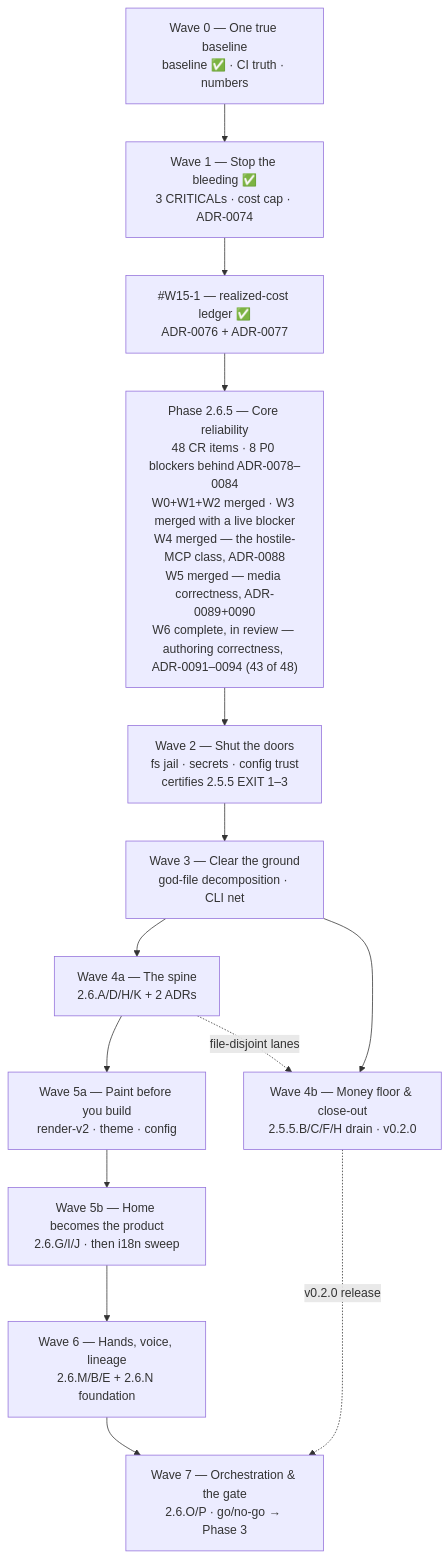
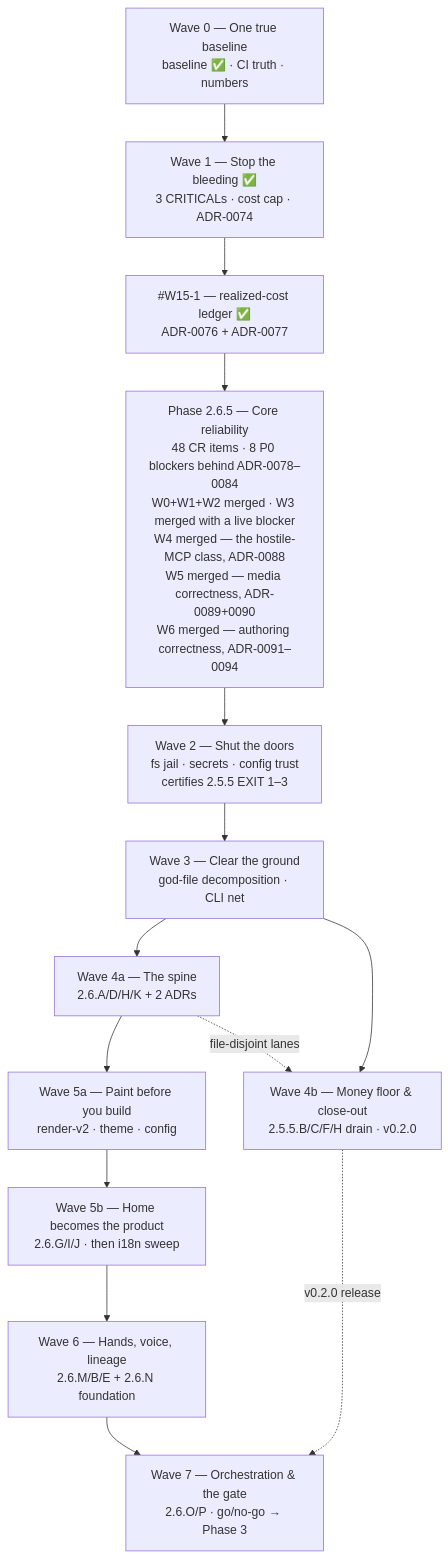
The diagram in docs/roadmap/current.md (HodeTech/Relavium), drawn with Mermaid before and after one commit. The commit also changed other lines of this file and 7 other files, not shown here.

````diff
--- a/docs/roadmap/current.md
+++ b/docs/roadmap/current.md
@@ -89,19 +89,19 @@
 ```mermaid
 flowchart TD
     W0["Wave 0 — One true baseline<br/>baseline ✅ · CI truth · numbers"]
     W1["Wave 1 — Stop the bleeding ✅<br/>3 CRITICALs · cost cap · ADR-0074"]
     LEDGER["#W15-1 — realized-cost ledger ✅<br/>ADR-0076 + ADR-0077"]
-    P265["Phase 2.6.5 — Core reliability<br/>48 CR items · 8 P0 blockers behind ADR-0078–0084<br/>W0+W1+W2 merged · W3 merged with a live blocker<br/>W4 merged — the hostile-MCP class, ADR-0088<br/>W5 merged — media correctness, ADR-0089+0090<br/>W6 complete, in review — authoring correctness, ADR-0091–0094 (43 of 48)"]
+    P265["Phase 2.6.5 — Core reliability<br/>48 CR items · 8 P0 blockers behind ADR-0078–0084<br/>W0+W1+W2 merged · W3 merged with a live blocker<br/>W4 merged — the hostile-MCP class, ADR-0088<br/>W5 merged — media correctness, ADR-0089+0090<br/>W6 merged — authoring correctness, ADR-0091–0094"]
     W2["Wave 2 — Shut the doors<br/>fs jail · secrets · config trust<br/>certifies 2.5.5 EXIT 1–3"]
     W3["Wave 3 — Clear the ground<br/>god-file decomposition · CLI net"]
     W4a["Wave 4a — The spine<br/>2.6.A/D/H/K + 2 ADRs"]
     W4b["Wave 4b — Money floor & close-out<br/>2.5.5.B/C/F/H drain · v0.2.0"]
     W5a["Wave 5a — Paint before you build<br/>render-v2 · theme · config"]
     W5b["Wave 5b — Home becomes the product<br/>2.6.G/I/J · then i18n sweep"]
     W6["Wave 6 — Hands, voice, lineage<br/>2.6.M/B/E + 2.6.N foundation"]
     W7["Wave 7 — Orchestration & the gate<br/>2.6.O/P · go/no-go → Phase 3"]
     W0 --> W1 --> LEDGER --> P265 --> W2 --> W3 --> W4a --> W5a --> W5b --> W6 --> W7
     W3 --> W4b
     W4b -.->|v0.2.0 release| W7
     W4a -.->|file-disjoint lanes| W4b
 ```
````
